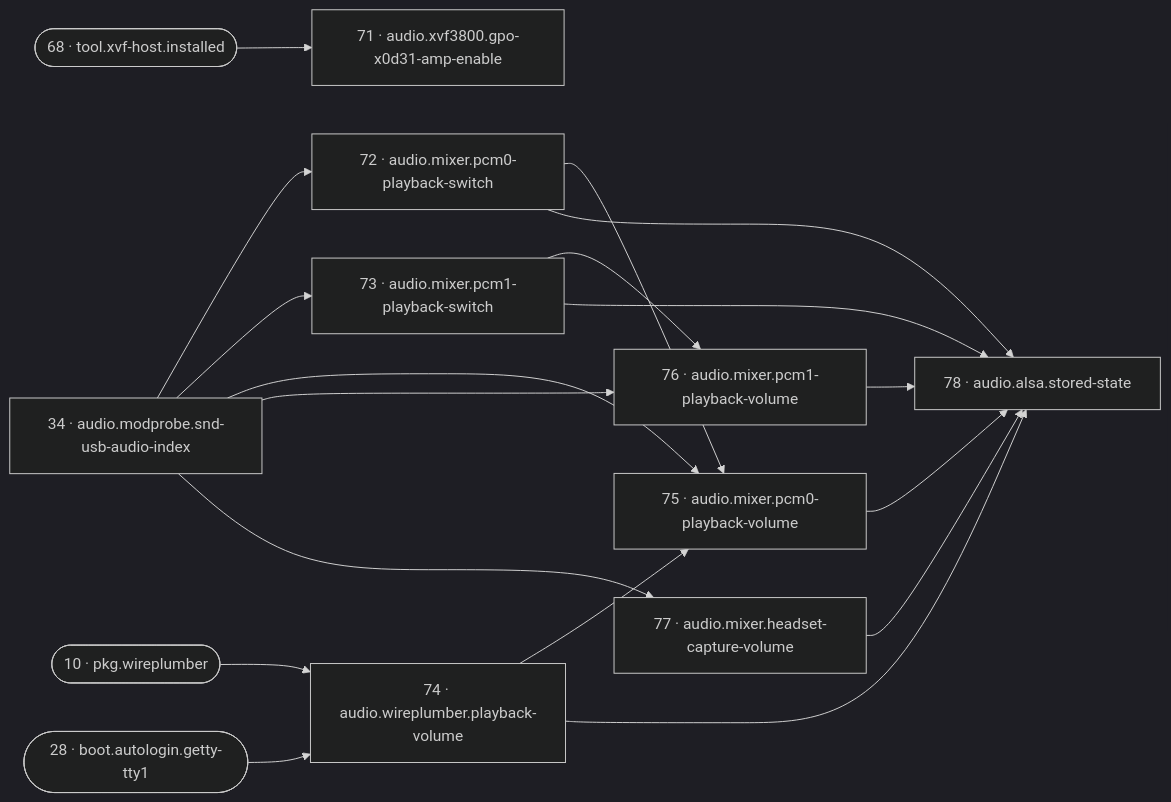
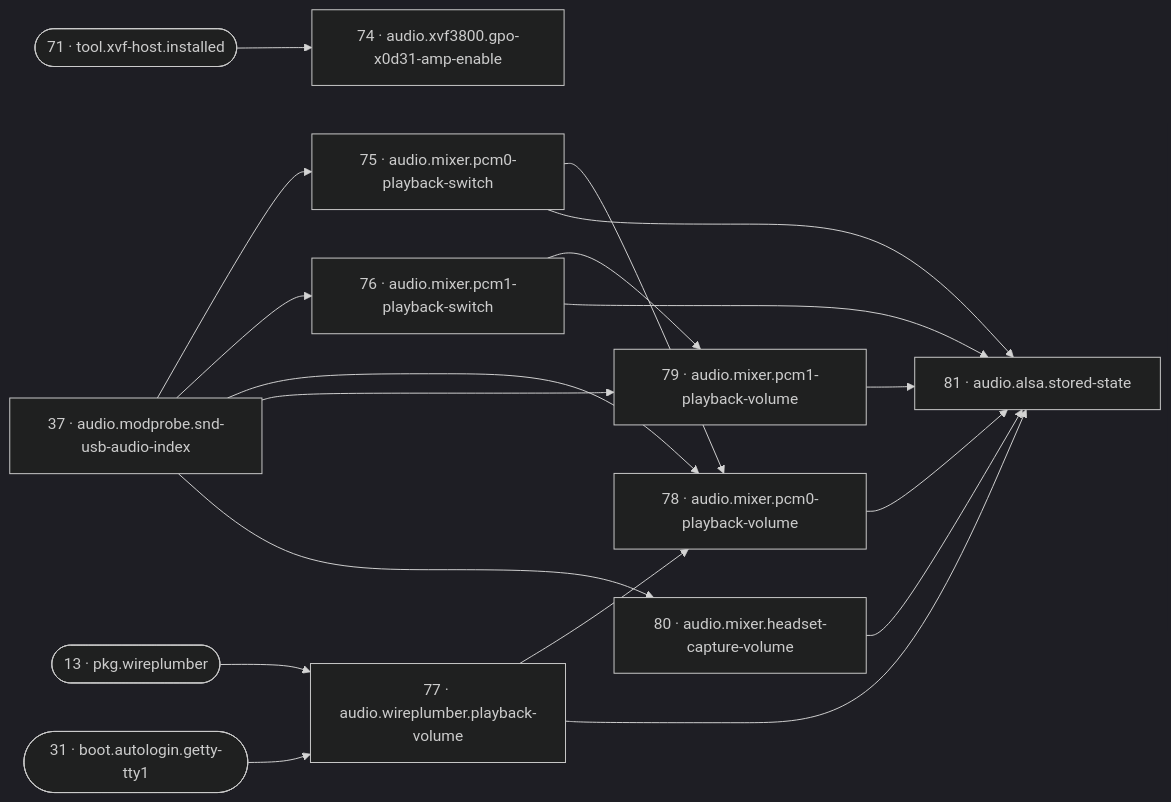
The ninth of 21 diagrams in reference/reconcile-dag.md (SixFive7/FrameLink), drawn with Mermaid (dark theme) before and after one commit. The commit also changed other lines of this file and 12 other files, not shown here.

````diff
--- a/reference/reconcile-dag.md
+++ b/reference/reconcile-dag.md
@@ -295,32 +339,32 @@
 ```mermaid
 flowchart LR
-  r34["34 · audio.modprobe.snd-usb-audio-index"]
-  r71["71 · audio.xvf3800.gpo-x0d31-amp-enable"]
-  r72["72 · audio.mixer.pcm0-playback-switch"]
-  r73["73 · audio.mixer.pcm1-playback-switch"]
-  r74["74 · audio.wireplumber.playback-volume"]
-  r75["75 · audio.mixer.pcm0-playback-volume"]
-  r76["76 · audio.mixer.pcm1-playback-volume"]
-  r77["77 · audio.mixer.headset-capture-volume"]
-  r78["78 · audio.alsa.stored-state"]
-  r10(["10 · pkg.wireplumber"])
-  r28(["28 · boot.autologin.getty-tty1"])
-  r68(["68 · tool.xvf-host.installed"])
-  r68 --> r71
-  r34 --> r72
-  r34 --> r73
-  r10 --> r74
-  r28 --> r74
-  r34 --> r75
-  r72 --> r75
-  r74 --> r75
-  r34 --> r76
-  r73 --> r76
-  r34 --> r77
+  r37["37 · audio.modprobe.snd-usb-audio-index"]
+  r74["74 · audio.xvf3800.gpo-x0d31-amp-enable"]
+  r75["75 · audio.mixer.pcm0-playback-switch"]
+  r76["76 · audio.mixer.pcm1-playback-switch"]
+  r77["77 · audio.wireplumber.playback-volume"]
+  r78["78 · audio.mixer.pcm0-playback-volume"]
+  r79["79 · audio.mixer.pcm1-playback-volume"]
+  r80["80 · audio.mixer.headset-capture-volume"]
+  r81["81 · audio.alsa.stored-state"]
+  r13(["13 · pkg.wireplumber"])
+  r31(["31 · boot.autologin.getty-tty1"])
+  r71(["71 · tool.xvf-host.installed"])
+  r71 --> r74
+  r37 --> r75
+  r37 --> r76
+  r13 --> r77
+  r31 --> r77
+  r37 --> r78
   r75 --> r78
-  r76 --> r78
   r77 --> r78
-  r72 --> r78
-  r73 --> r78
-  r74 --> r78
+  r37 --> r79
+  r76 --> r79
+  r37 --> r80
+  r78 --> r81
+  r79 --> r81
+  r80 --> r81
+  r75 --> r81
+  r76 --> r81
+  r77 --> r81
 ```
````
